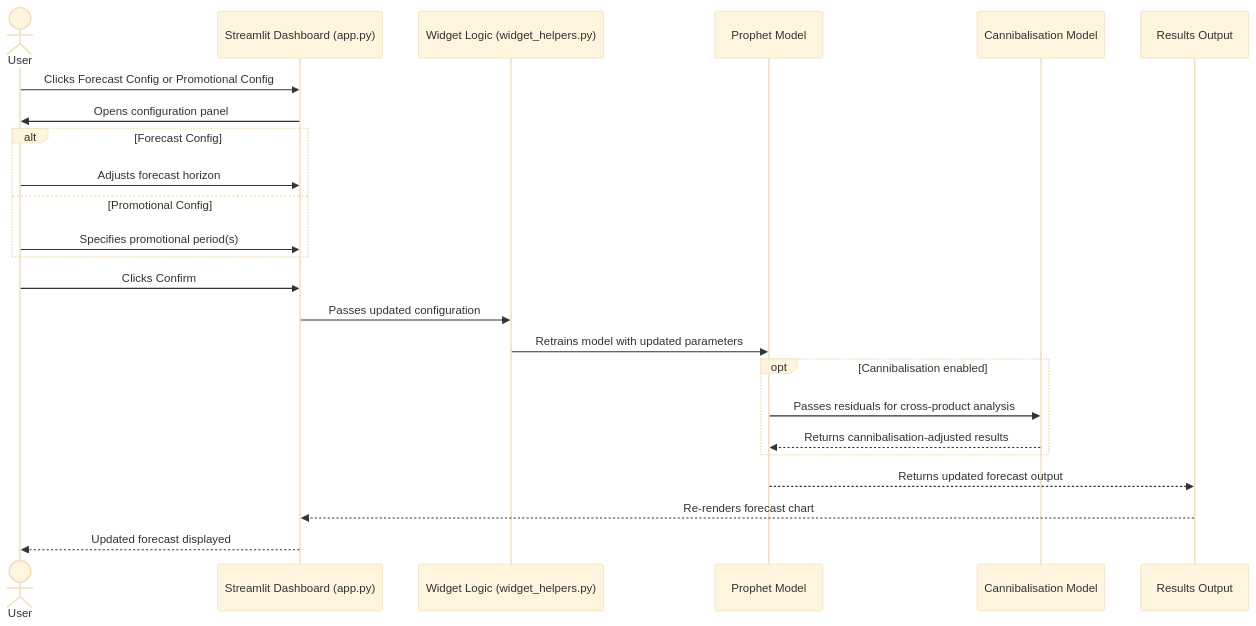
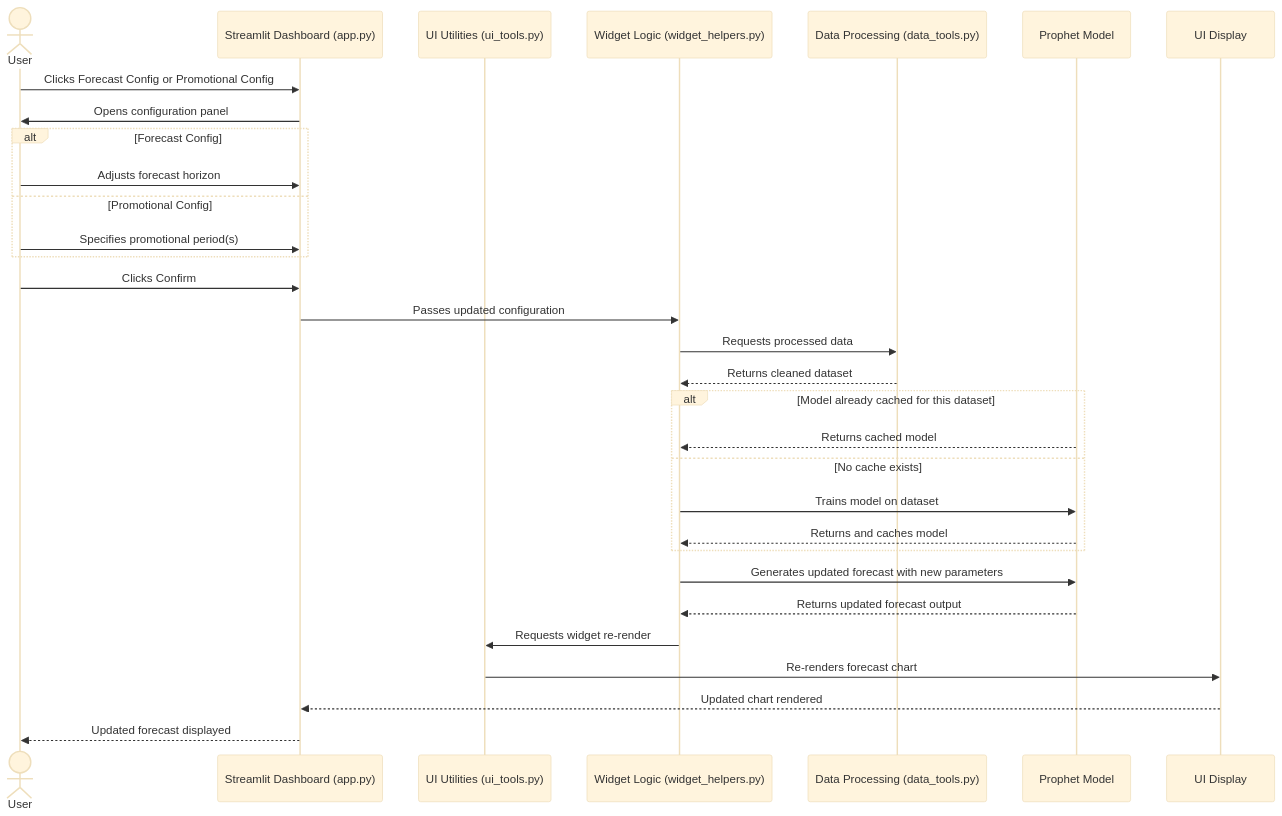
The third of 4 diagrams in docs/system-design.md (tt1m/baseline-sales-modelling-report), drawn with Mermaid (base theme) before and after one commit. The commit also changed other lines of this file, not shown here.

````diff
--- a/docs/system-design.md
+++ b/docs/system-design.md
@@ -150,27 +169,34 @@
 ```mermaid
 sequenceDiagram
     actor User
     participant Dashboard as Streamlit Dashboard (app.py)
+    participant UITools as UI Utilities (ui_tools.py)
     participant WidgetHelpers as Widget Logic (widget_helpers.py)
+    participant DataTools as Data Processing (data_tools.py)
     participant Prophet as Prophet Model
-    participant Cannibalisation as Cannibalisation Model
-    participant Results as Results Output
+    participant UIDisplay as UI Display
 
     User->>Dashboard: Clicks Forecast Config or Promotional Config
     Dashboard->>User: Opens configuration panel
     alt Forecast Config
         User->>Dashboard: Adjusts forecast horizon
     else Promotional Config
         User->>Dashboard: Specifies promotional period(s)
     end
     User->>Dashboard: Clicks Confirm
     Dashboard->>WidgetHelpers: Passes updated configuration
-    WidgetHelpers->>Prophet: Retrains model with updated parameters
-    opt Cannibalisation enabled
-        Prophet->>Cannibalisation: Passes residuals for cross-product analysis
-        Cannibalisation-->>Prophet: Returns cannibalisation-adjusted results
+    WidgetHelpers->>DataTools: Requests processed data
+    DataTools-->>WidgetHelpers: Returns cleaned dataset
+    alt Model already cached for this dataset
+        Prophet-->>WidgetHelpers: Returns cached model
+    else No cache exists
+        WidgetHelpers->>Prophet: Trains model on dataset
+        Prophet-->>WidgetHelpers: Returns and caches model
     end
-    Prophet-->>Results: Returns updated forecast output
-    Results-->>Dashboard: Re-renders forecast chart
+    WidgetHelpers->>Prophet: Generates updated forecast with new parameters
+    Prophet-->>WidgetHelpers: Returns updated forecast output
+    WidgetHelpers->>UITools: Requests widget re-render
+    UITools->>UIDisplay: Re-renders forecast chart
+    UIDisplay-->>Dashboard: Updated chart rendered
     Dashboard-->>User: Updated forecast displayed
 ```
````
